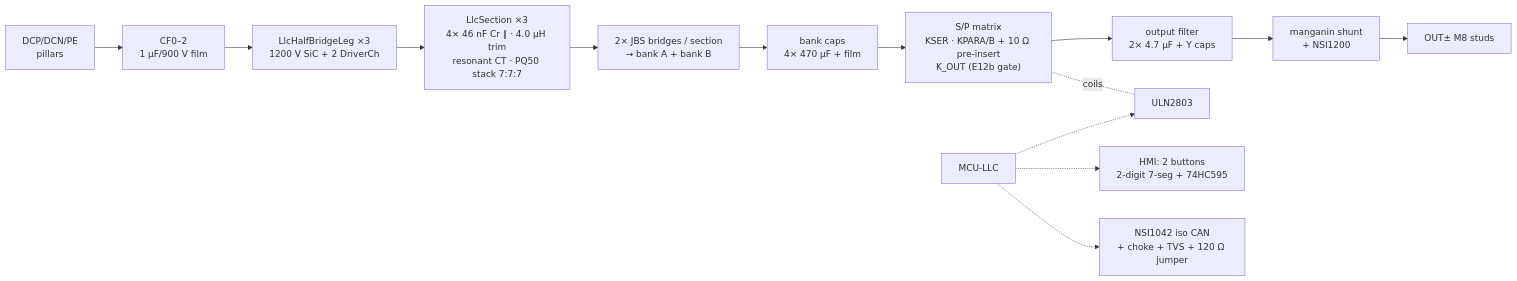
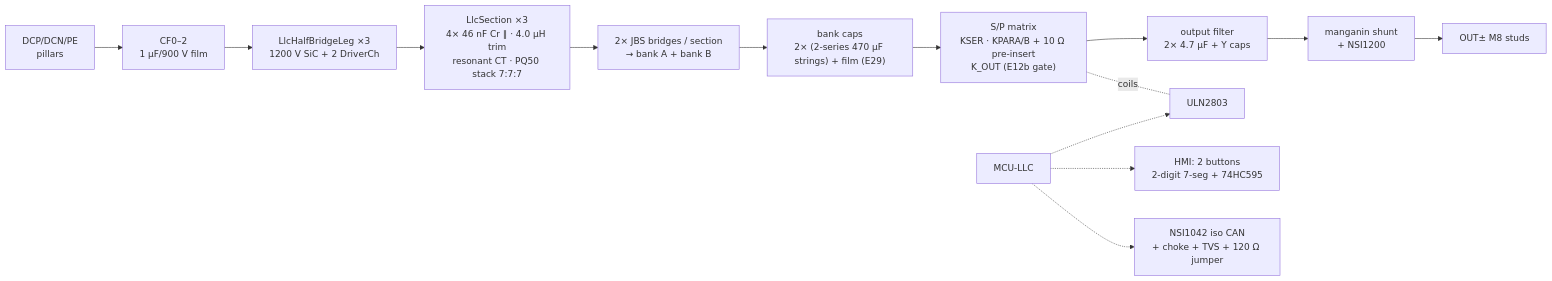
The second of 2 diagrams in boards/30kw/README.md (vectivolt/DC-Modules), drawn with Mermaid before and after one commit. The commit also changed other lines of this file and 34 other files, not shown here.

````diff
--- a/boards/30kw/README.md
+++ b/boards/30kw/README.md
@@ -61,14 +61,14 @@
 ```mermaid
 flowchart LR
   ST["DCP/DCN/PE<br/>pillars"] --> CF["CF0–2<br/>1 µF/900 V film"]
   CF --> L1["LlcHalfBridgeLeg ×3<br/>1200 V SiC + 2 DriverCh"]
   L1 --> TK["LlcSection ×3<br/>4× 46 nF Cr ∥ · 4.0 µH trim<br/>resonant CT · PQ50 stack 7:7:7"]
   TK --> BR["2× JBS bridges / section<br/>→ bank A + bank B"]
-  BR --> BC["bank caps<br/>4× 470 µF + film"]
+  BR --> BC["bank caps<br/>2× (2-series 470 µF strings) + film (E29)"]
   BC --> SP["S/P matrix<br/>KSER · KPARA/B + 10 Ω pre-insert<br/>K_OUT (E12b gate)"]
   SP --> OF["output filter<br/>2× 4.7 µF + Y caps"] --> SH["manganin shunt<br/>+ NSI1200"] --> OUT["OUT± M8 studs"]
   SP -.coils.- ULN["ULN2803"]
   MCU2["MCU-LLC"] -.-> ULN
   MCU2 -.-> HMI["HMI: 2 buttons<br/>2-digit 7-seg + 74HC595"]
   MCU2 -.-> CAN["NSI1042 iso CAN<br/>+ choke + TVS + 120 Ω jumper"]
 ```
````
